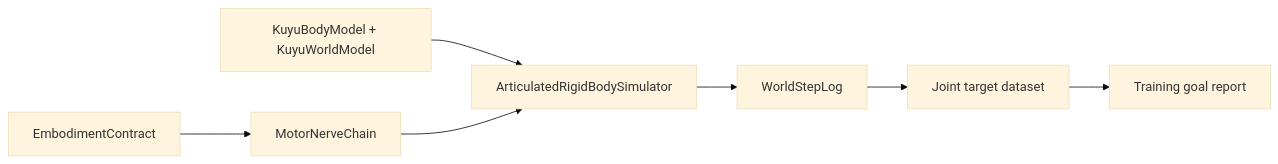
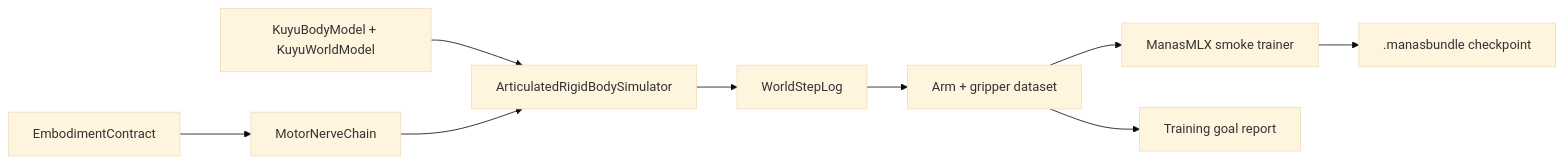
Before and after one commit to 1amageek/kuyu: the diagram in ROARM_M1_TRAINING.md, drawn with Mermaid (base theme). The commit also changed other lines of this file and 10 other files, not shown here.

````diff
--- a/ROARM_M1_TRAINING.md
+++ b/ROARM_M1_TRAINING.md
@@ -9,9 +9,11 @@
 ```mermaid
 flowchart LR
   B["KuyuBodyModel + KuyuWorldModel"] --> S["ArticulatedRigidBodySimulator"]
   E["EmbodimentContract"] --> M["MotorNerveChain"]
   M --> S
   S --> L["WorldStepLog"]
-  L --> D["Joint target dataset"]
+  L --> D["Arm + gripper dataset"]
+  D --> T["ManasMLX smoke trainer"]
+  T --> C[".manasbundle checkpoint"]
   D --> G["Training goal report"]
 ```
````
